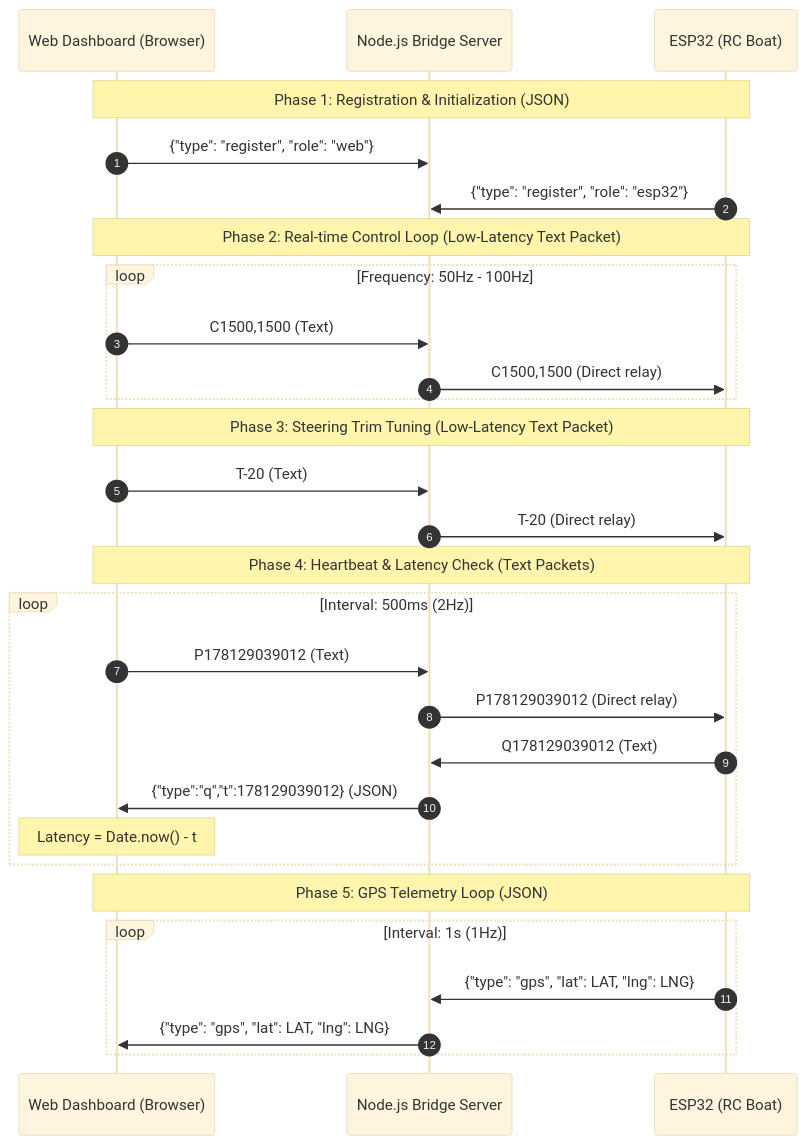
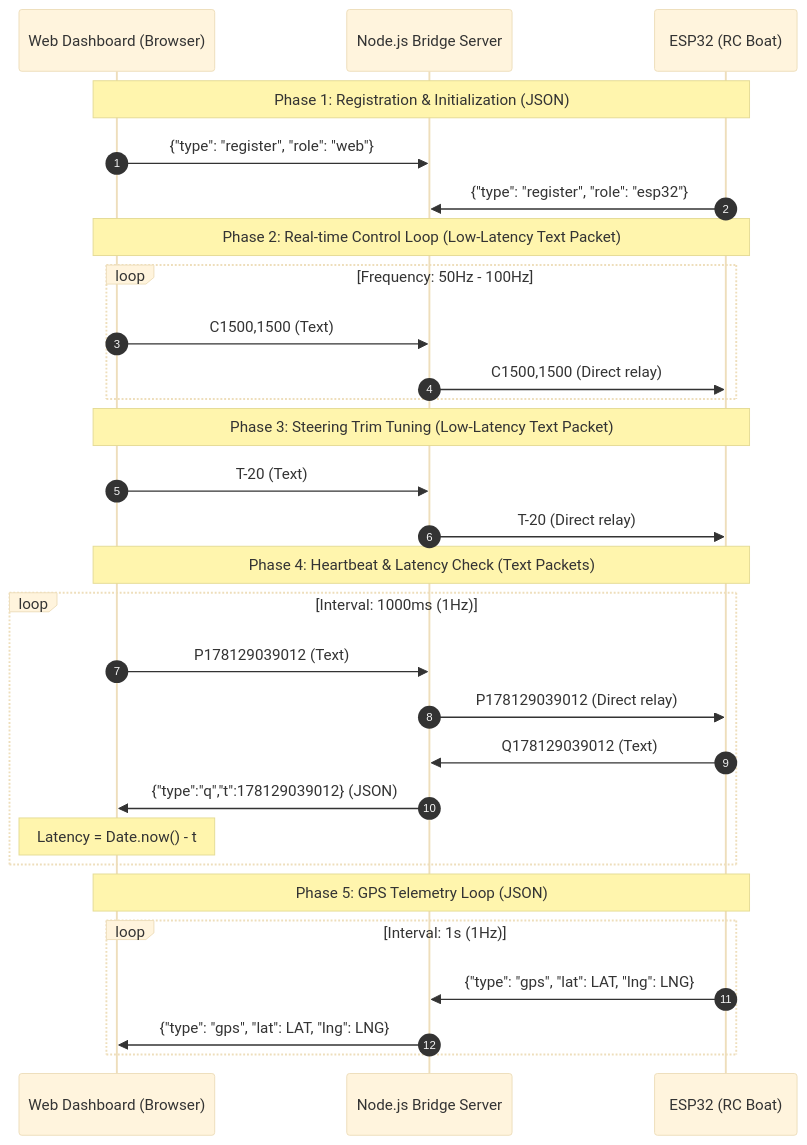
The diagram in ARCHITECTURE.md (TraiNguyenVan/boat-V3), drawn with Mermaid (base theme) before and after one commit. The commit also changed 3 other files, not shown here.

````diff
--- a/ARCHITECTURE.md
+++ b/ARCHITECTURE.md
@@ -22,36 +22,36 @@
 ```mermaid
 sequenceDiagram
     autonumber
     participant Web as Web Dashboard (Browser)
     participant Server as Node.js Bridge Server
     participant ESP as ESP32 (RC Boat)
 
     Note over Web,ESP: Phase 1: Registration & Initialization (JSON)
     Web->>Server: {"type": "register", "role": "web"}
     ESP->>Server: {"type": "register", "role": "esp32"}
 
     Note over Web,ESP: Phase 2: Real-time Control Loop (Low-Latency Text Packet)
     loop Frequency: 50Hz - 100Hz
         Web->>Server: C1500,1500 (Text)
         Server->>ESP: C1500,1500 (Direct relay)
     end
 
     Note over Web,ESP: Phase 3: Steering Trim Tuning (Low-Latency Text Packet)
     Web->>Server: T-20 (Text)
     Server->>ESP: T-20 (Direct relay)
 
     Note over Web,ESP: Phase 4: Heartbeat & Latency Check (Text Packets)
-    loop Interval: 500ms (2Hz)
+    loop Interval: 1000ms (1Hz)
         Web->>Server: P178129039012 (Text)
         Server->>ESP: P178129039012 (Direct relay)
         ESP->>Server: Q178129039012 (Text)
         Server->>Web: {"type":"q","t":178129039012} (JSON)
         Note over Web: Latency = Date.now() - t
     end
 
     Note over Web,ESP: Phase 5: GPS Telemetry Loop (JSON)
     loop Interval: 1s (1Hz)
         ESP->>Server: {"type": "gps", "lat": LAT, "lng": LNG}
         Server->>Web: {"type": "gps", "lat": LAT, "lng": LNG}
     end
 ```
````
